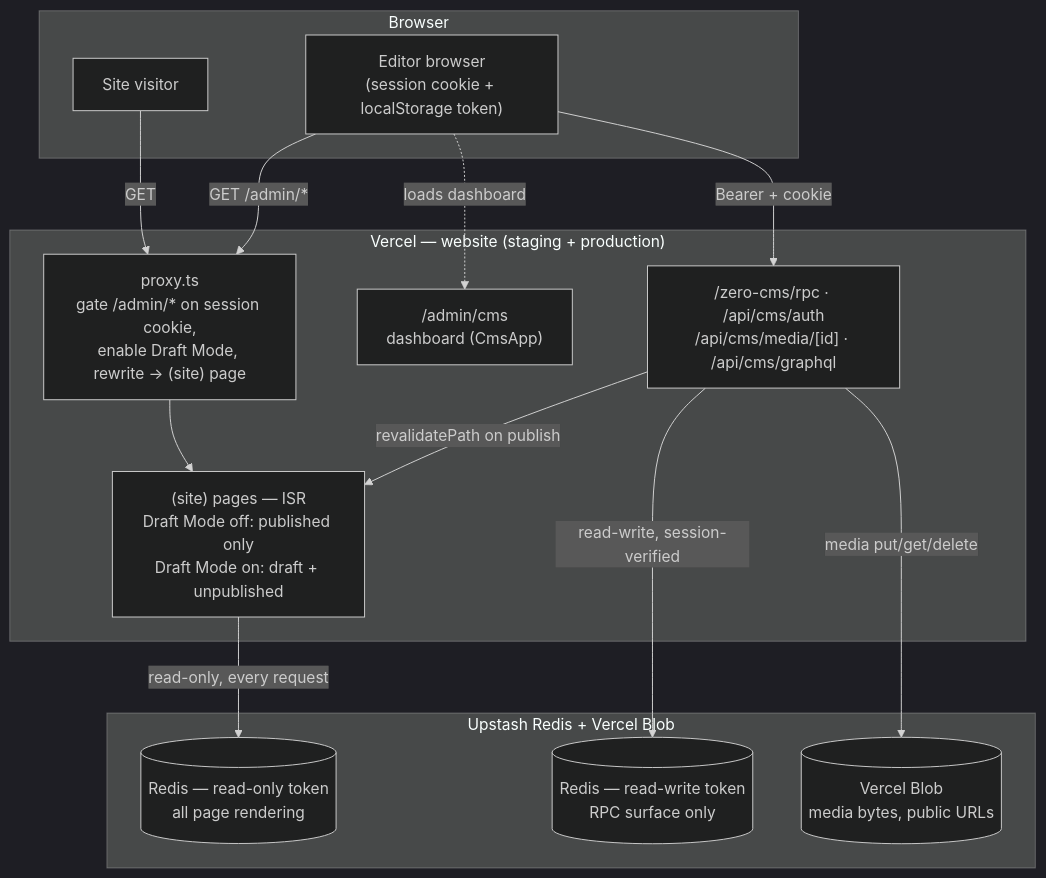
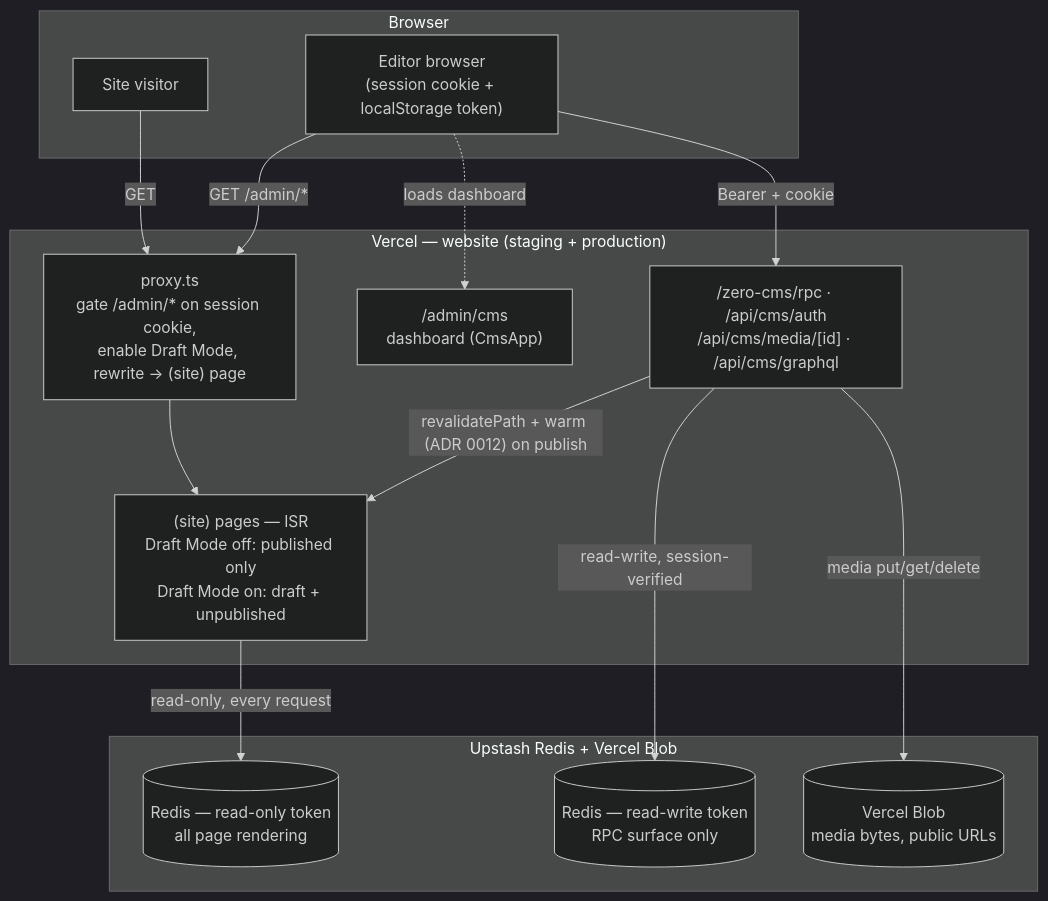
Before and after one commit to AmrAbdulrahman/upper-street-contractors: the diagram in README.md, drawn with Mermaid (dark theme). The commit also changed other lines of this file, not shown here.

````diff
--- a/README.md
+++ b/README.md
@@ -19,30 +23,30 @@
 ```mermaid
 flowchart TB
     subgraph Browser
         Editor["Editor browser<br/>(session cookie + localStorage token)"]
         Visitor["Site visitor"]
     end
 
     subgraph Vercel["Vercel — website (staging + production)"]
         Proxy["proxy.ts<br/>gate /admin/* on session cookie,<br/>enable Draft Mode, rewrite -> (site) page"]
         Pages["(site) pages — ISR<br/>Draft Mode off: published only<br/>Draft Mode on: draft + unpublished"]
         Admin["/admin/cms<br/>dashboard (CmsApp)"]
         RPC["/zero-cms/rpc · /api/cms/auth<br/>/api/cms/media/[id] · /api/cms/graphql"]
     end
 
     subgraph Storage["Upstash Redis + Vercel Blob"]
         RedisRO[("Redis — read-only token<br/>all page rendering")]
         RedisRW[("Redis — read-write token<br/>RPC surface only")]
         Blob[("Vercel Blob<br/>media bytes, public URLs")]
     end
 
     Visitor -- "GET" --> Proxy --> Pages
     Editor -- "GET /admin/*" --> Proxy
     Editor -. "loads dashboard" .-> Admin
     Editor -- "Bearer + cookie" --> RPC
 
     Pages -- "read-only, every request" --> RedisRO
     RPC -- "read-write, session-verified" --> RedisRW
-    RPC -- "revalidatePath on publish" --> Pages
+    RPC -- "revalidatePath + warm (ADR 0012) on publish" --> Pages
     RPC -- "media put/get/delete" --> Blob
 ```
````
